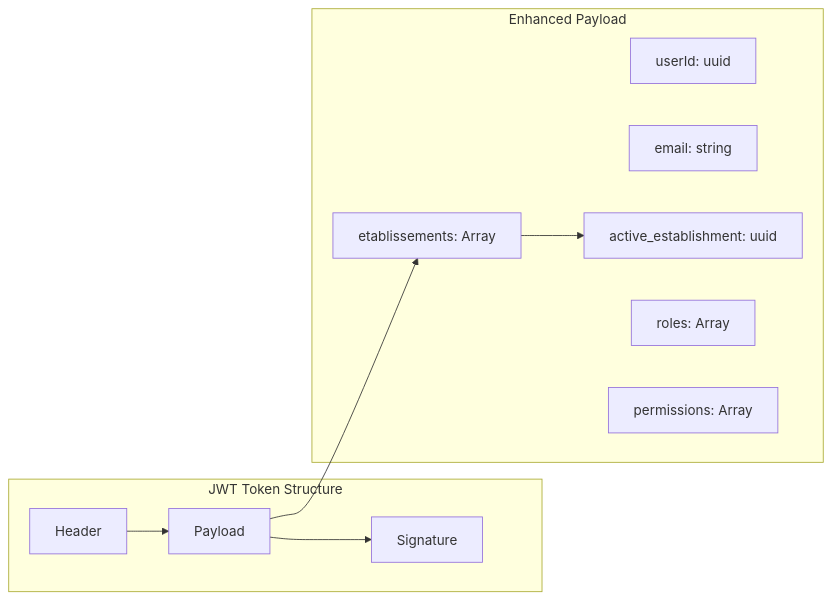
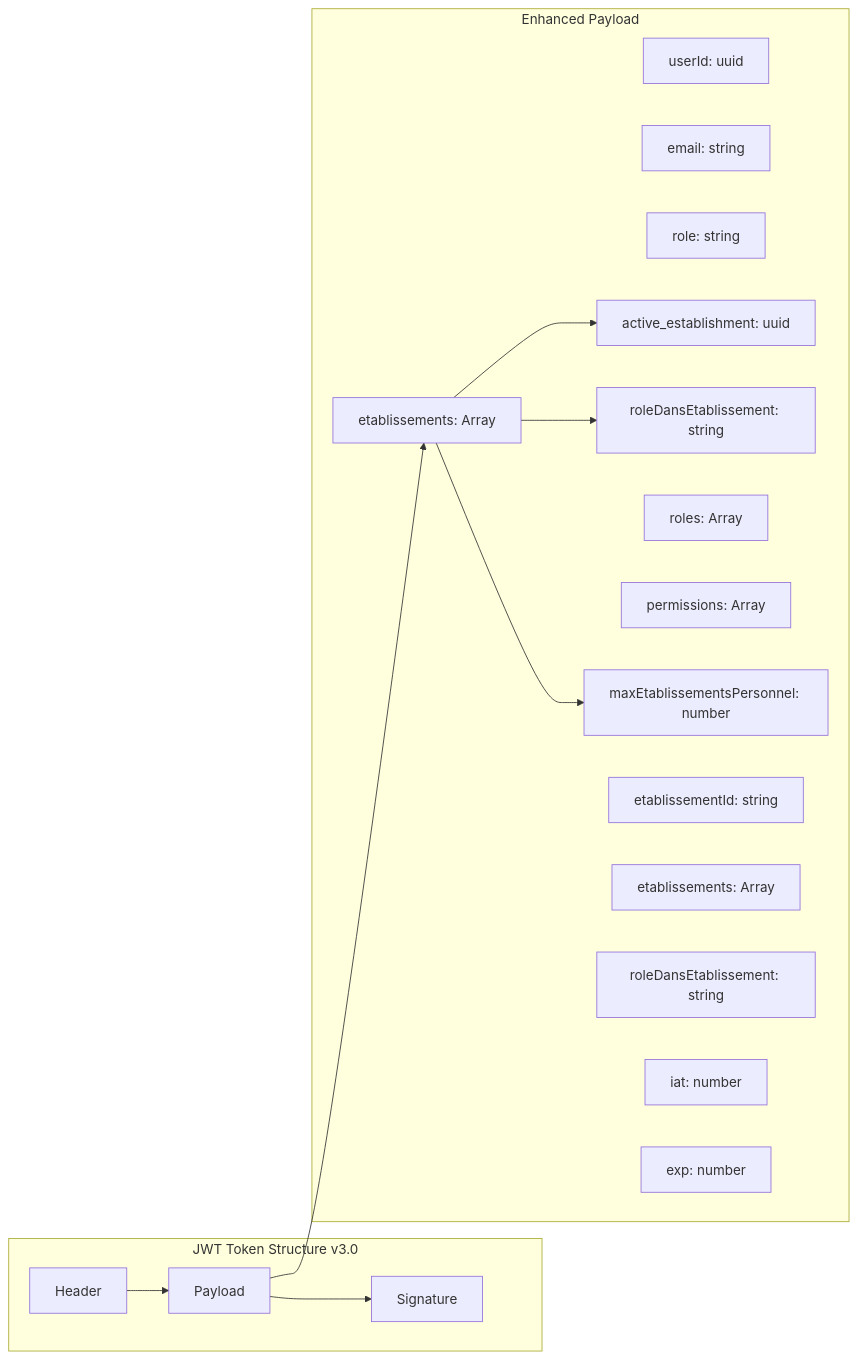
One commit to franckylab/eLISAschool changed the fifth of 7 diagrams in .qoder/repowiki/en/content/Architecture Overview/Multi-Tenant Architecture.md. Above: the diagram before and after it, drawn with Mermaid. The commit also changed other lines of this file and 281 other files, not shown here.

First line of the commit message:
fix(auth): corriger le token incomplet dans EtablissementSwitcher

````diff
--- a/.qoder/repowiki/en/content/Architecture Overview/Multi-Tenant Architecture.md
+++ b/.qoder/repowiki/en/content/Architecture Overview/Multi-Tenant Architecture.md
@@ -267,20 +314,30 @@
 ```mermaid
 graph LR
-subgraph "JWT Token Structure"
+subgraph "JWT Token Structure v3.0"
 Header[Header]
 Payload[Payload]
 Signature[Signature]
 end
 subgraph "Enhanced Payload"
 UserId[userId: uuid]
 Email[email: string]
+Role[role: string]
 Establishments[etablissements: Array]
 ActiveEst[active_establishment: uuid]
+RoleInEstablishment[roleDansEtablissement: string]
 Roles[roles: Array]
 Permissions[permissions: Array]
+MaxEst[maxEtablissementsPersonnel: number]
+EndRole[etablissementId: string]
+EndEstablishments[etablissements: Array]
+EndRoleInEstablishment[roleDansEtablissement: string]
+EndIat[iat: number]
+EndExp[exp: number]
 end
 Header --> Payload
 Payload --> Signature
 Payload --> Establishments
 Establishments --> ActiveEst
+Establishments --> RoleInEstablishment
+Establishments --> MaxEst
 ```
````
